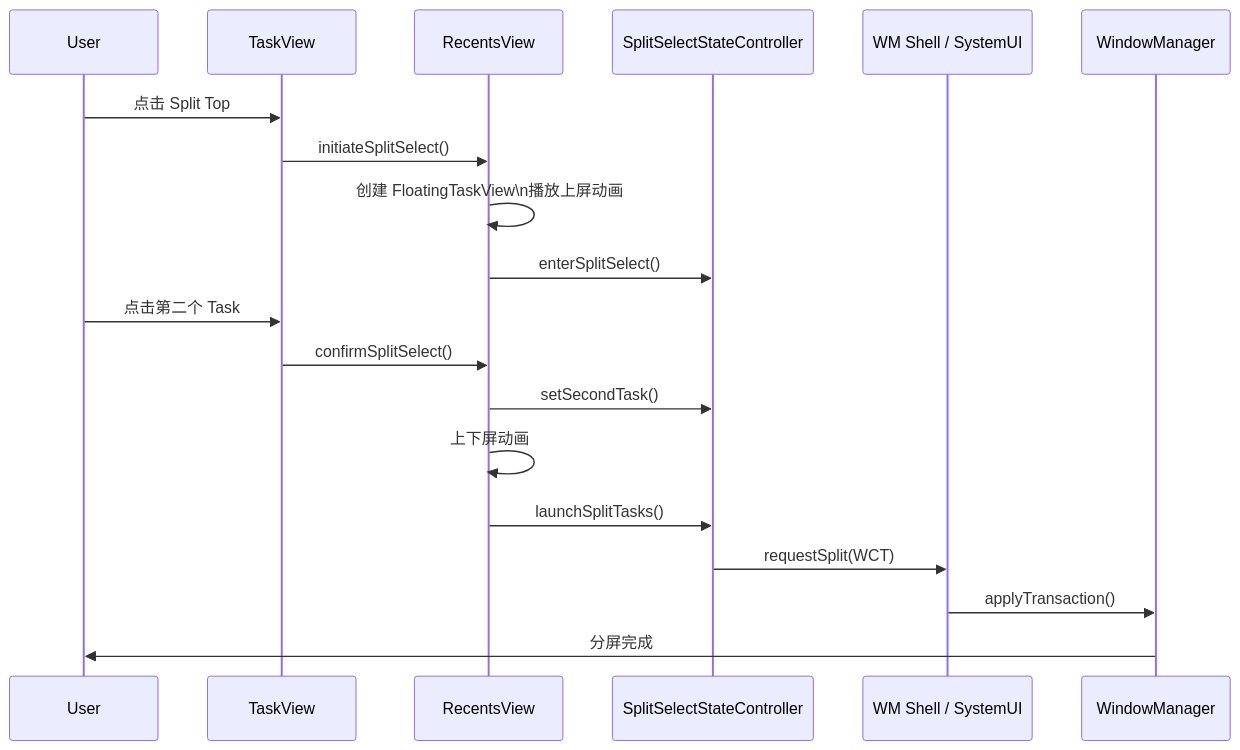
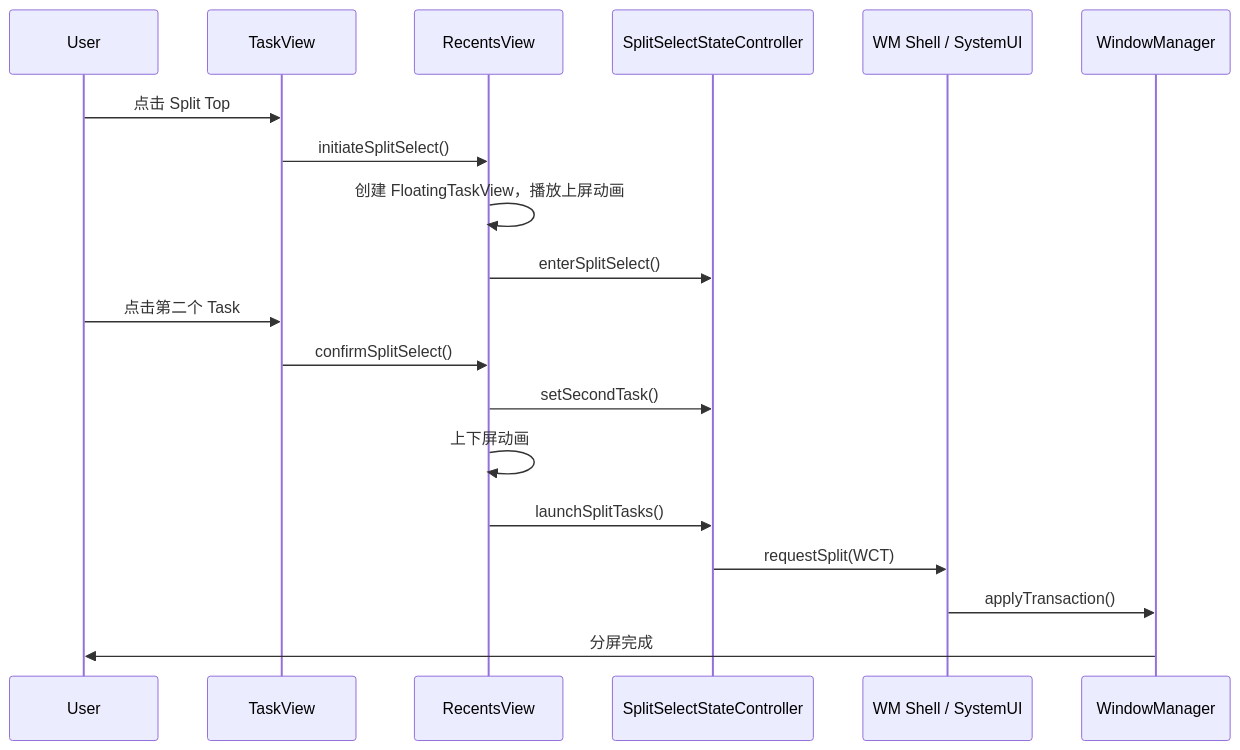
Before and after one commit to rangerzhou/rangerzhou.github.io: the third of 6 diagrams in source/_posts/Android/AndroidDevelop_045_WMS_SplitScreen.md, drawn with Mermaid. The commit also changed other lines of this file, not shown here.

````diff
--- a/source/_posts/Android/AndroidDevelop_045_WMS_SplitScreen.md
+++ b/source/_posts/Android/AndroidDevelop_045_WMS_SplitScreen.md
@@ -48,25 +74,25 @@
 ``` mermaid
 sequenceDiagram
     participant User
     participant TaskView
     participant RecentsView
     participant SplitSelectCtrl as SplitSelectStateController
     participant SysUI as WM Shell / SystemUI
     participant WM as WindowManager
 
     User ->> TaskView: 点击 Split Top
     TaskView ->> RecentsView: initiateSplitSelect()
-    RecentsView ->> RecentsView: 创建 FloatingTaskView\n播放上屏动画
+    RecentsView ->> RecentsView: 创建 FloatingTaskView，播放上屏动画
     RecentsView ->> SplitSelectCtrl: enterSplitSelect()
 
     User ->> TaskView: 点击第二个 Task
     TaskView ->> RecentsView: confirmSplitSelect()
     RecentsView ->> SplitSelectCtrl: setSecondTask()
     RecentsView ->> RecentsView: 上下屏动画
 
     RecentsView ->> SplitSelectCtrl: launchSplitTasks()
     SplitSelectCtrl ->> SysUI: requestSplit(WCT)
     SysUI ->> WM: applyTransaction()
     WM ->> User: 分屏完成
 
 ```
````
